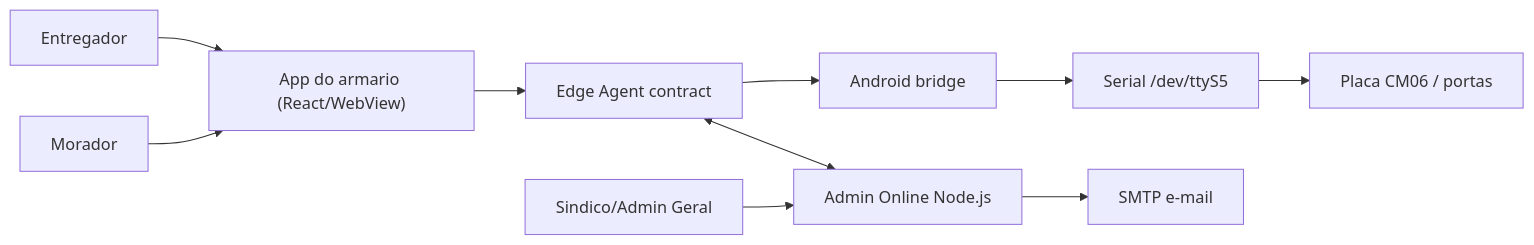
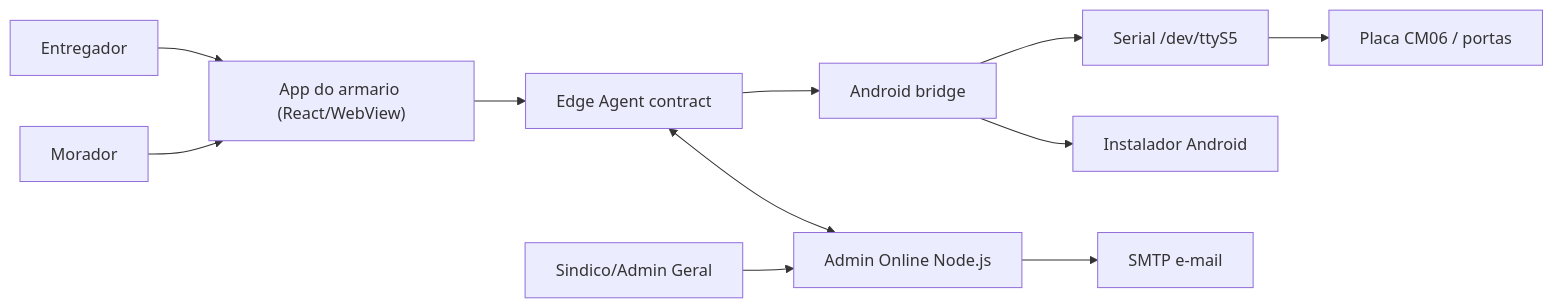
The diagram in docs/ARCHITECTURE.md (PredditaTi/Locker-Preddita), drawn with Mermaid before and after one commit. The commit also changed other lines of this file and 29 other files, not shown here.

````diff
--- a/docs/ARCHITECTURE.md
+++ b/docs/ARCHITECTURE.md
@@ -11,12 +11,13 @@
 ```mermaid
 flowchart LR
   Courier["Entregador"] --> Kiosk["App do armario (React/WebView)"]
   Resident["Morador"] --> Kiosk
   Kiosk --> Edge["Edge Agent contract"]
   Edge --> Android["Android bridge"]
   Android --> RS485["Serial /dev/ttyS5"]
+  Android --> Installer["Instalador Android"]
   RS485 --> Board["Placa CM06 / portas"]
   Edge <--> Admin["Admin Online Node.js"]
   Admin --> SMTP["SMTP e-mail"]
   Manager["Sindico/Admin Geral"] --> Admin
 ```
````
